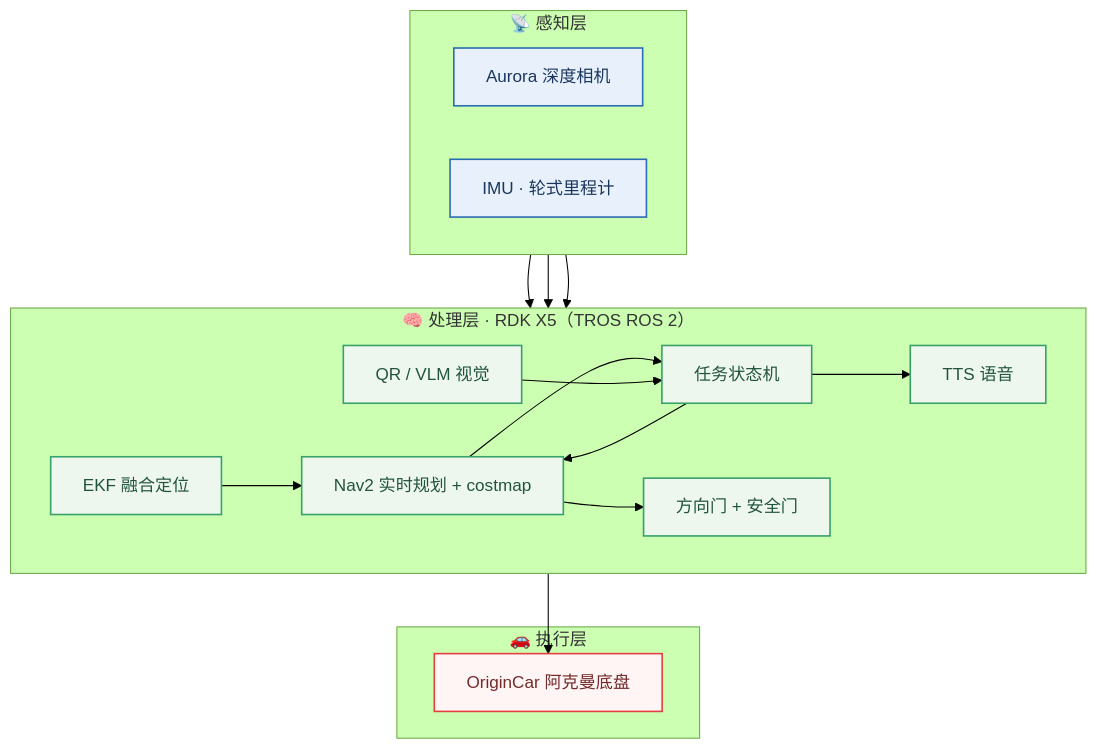
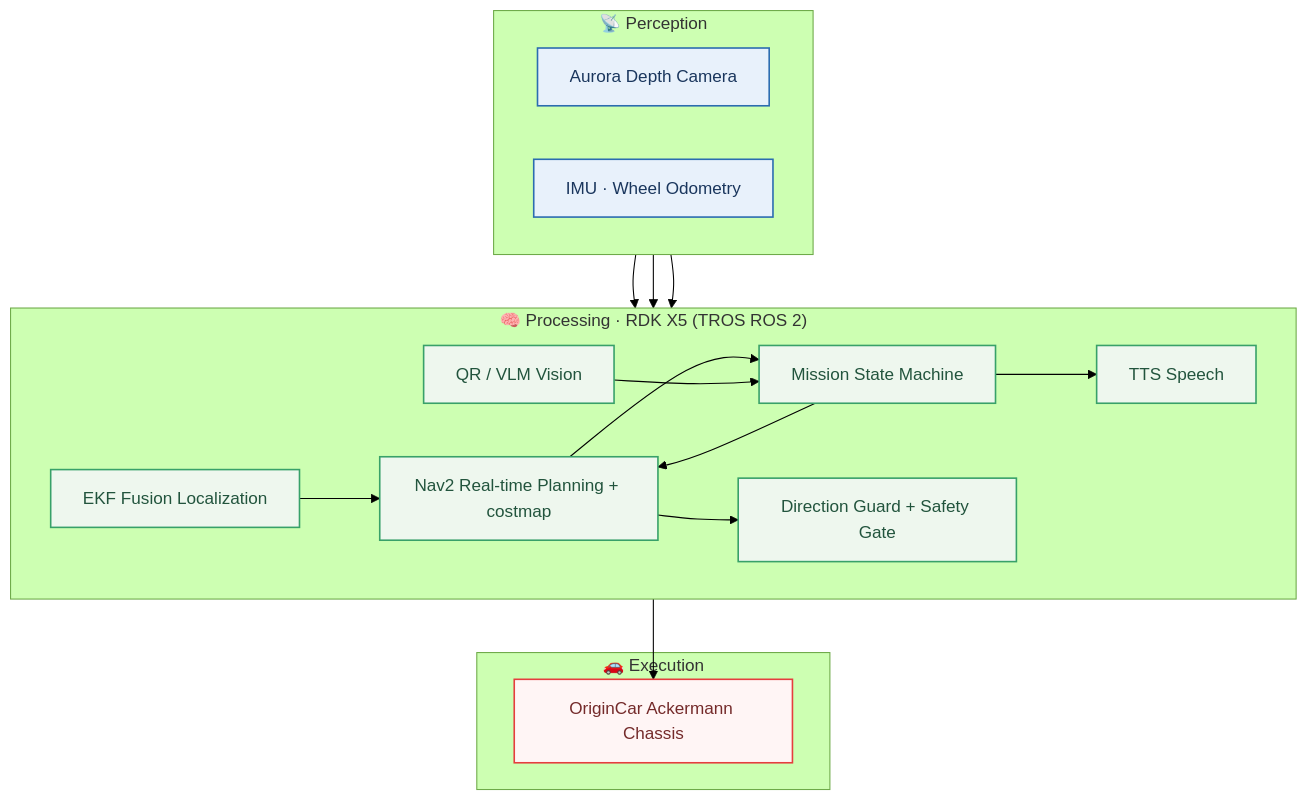
One commit to LX-HMKK/SmartCar_V2026 changed the first of 2 diagrams in README.md. Above: the diagram before and after it, drawn with Mermaid (forest theme). The commit also changed other lines of this file and 1 other file, not shown here.

````diff
--- a/README.md
+++ b/README.md
@@ -29,40 +31,40 @@
 ```mermaid
 flowchart TB
-    subgraph SENSE["📡 感知层"]
+    subgraph SENSE["📡 Perception"]
         direction LR
-        AU["Aurora 深度相机"]
-        IM["IMU · 轮式里程计"]
+        AU["Aurora Depth Camera"]
+        IM["IMU · Wheel Odometry"]
     end
 
-    subgraph PROC["🧠 处理层 · RDK X5（TROS ROS 2）"]
+    subgraph PROC["🧠 Processing · RDK X5 (TROS ROS 2)"]
         direction LR
-        EKF["EKF 融合定位"]
-        NAV["Nav2 实时规划 + costmap"]
-        VIS["QR / VLM 视觉"]
-        SPC["TTS 语音"]
-        TSK["任务状态机"]
-        SF["方向门 + 安全门"]
+        EKF["EKF Fusion Localization"]
+        NAV["Nav2 Real-time Planning + costmap"]
+        VIS["QR / VLM Vision"]
+        SPC["TTS Speech"]
+        TSK["Mission State Machine"]
+        SF["Direction Guard + Safety Gate"]
     end
 
-    subgraph ACT["🚗 执行层"]
-        BASE["OriginCar 阿克曼底盘"]
+    subgraph ACT["🚗 Execution"]
+        BASE["OriginCar Ackermann Chassis"]
     end
 
     IM --> EKF
     AU --> NAV
     AU --> VIS
     EKF --> NAV
     NAV --> TSK
     VIS --> TSK
     TSK --> SPC
     TSK --> NAV
     NAV --> SF
     SF --> BASE
 
     classDef sense fill:#e8f1fb,stroke:#2b6cb0,stroke-width:1.5px,color:#1a365d
     classDef proc fill:#eef7ee,stroke:#38a169,stroke-width:1.5px,color:#22543d
     classDef act fill:#fff5f5,stroke:#e53e3e,stroke-width:1.5px,color:#742a2a
     class AU,IM sense
     class EKF,NAV,VIS,SPC,TSK,SF proc
     class BASE act
 ```
````
